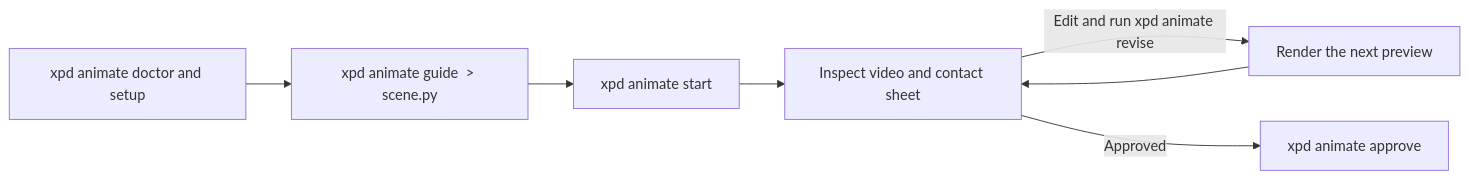
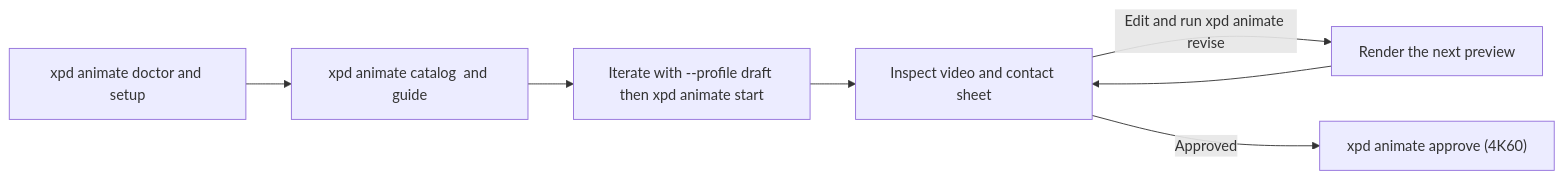
The diagram in website/src/content/docs/guides/animate.md (bjoernaagaard/xpd), drawn with Mermaid before and after one commit. The commit also changed other lines of this file and 29 other files, not shown here.

````diff
--- a/website/src/content/docs/guides/animate.md
+++ b/website/src/content/docs/guides/animate.md
@@ -8,9 +8,9 @@
 ```mermaid
 flowchart LR
-    A["xpd animate doctor and setup"] --> B["xpd animate guide <recipe> > scene.py"]
-    B --> C["xpd animate start"]
+    A["xpd animate doctor and setup"] --> B["xpd animate catalog <family> and guide"]
+    B --> C["Iterate with --profile draft then xpd animate start"]
     C --> D["Inspect video and contact sheet"]
     D -->|Edit and run xpd animate revise| P["Render the next preview"]
     P --> D
-    D -->|Approved| E["xpd animate approve"]
+    D -->|Approved| E["xpd animate approve (4K60)"]
 ```
````
